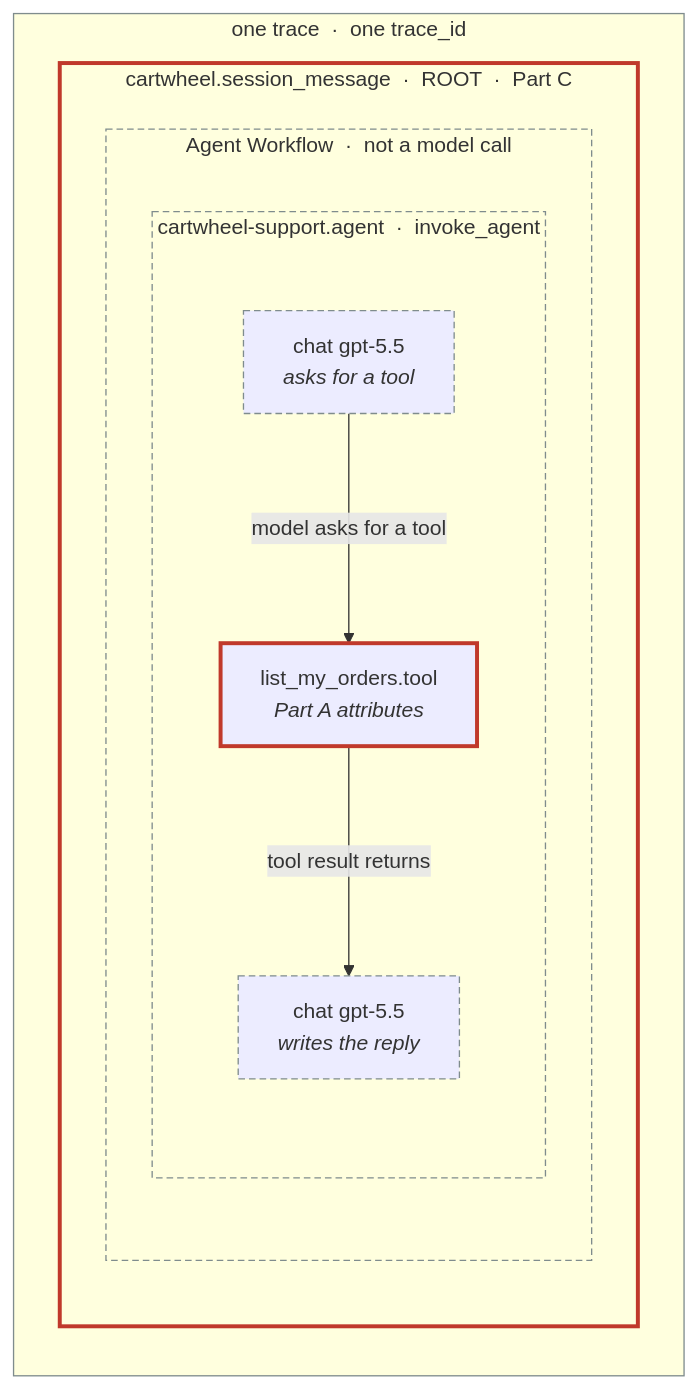
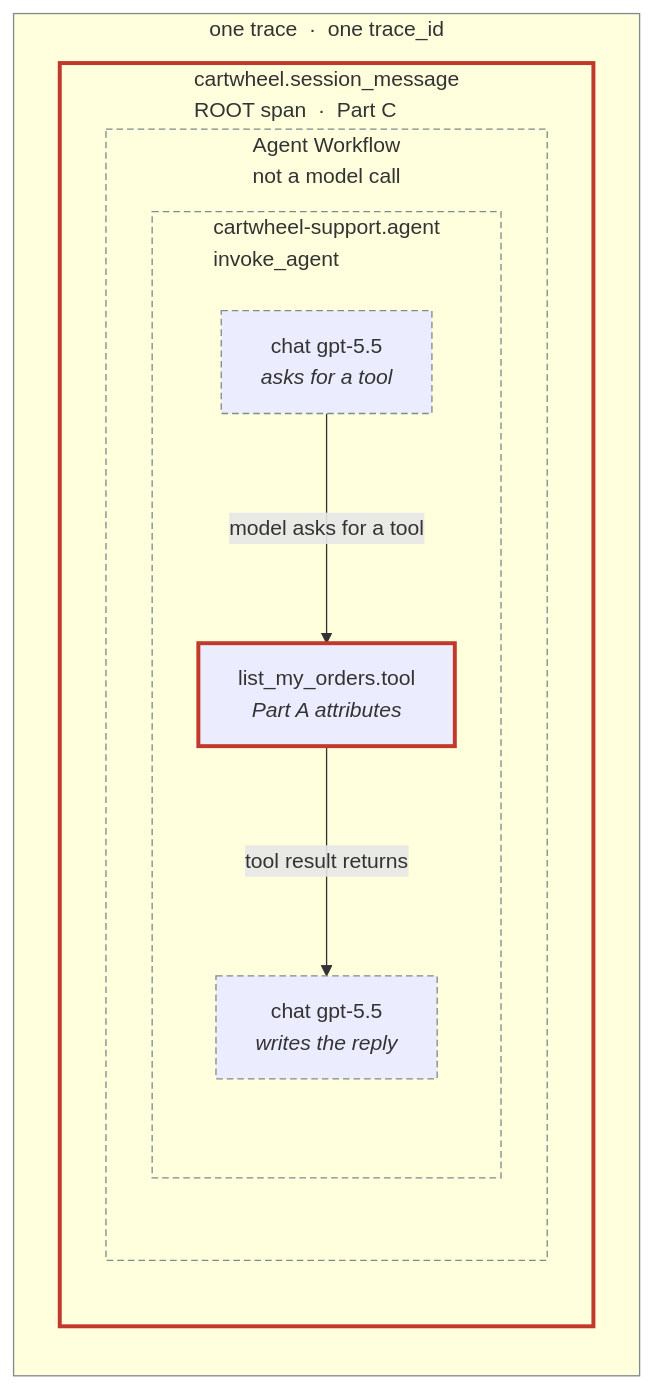
One commit to edangx100/cartwheel-homeworks changed the second of 3 diagrams in homework/module-1/homework_2_diagram.md. Above: the diagram before and after it, drawn with Mermaid. The commit also changed other lines of this file, not shown here.

````diff
--- a/homework/module-1/homework_2_diagram.md
+++ b/homework/module-1/homework_2_diagram.md
@@ -161,30 +169,30 @@
 ```mermaid
 flowchart TD
     subgraph TR["one trace &nbsp;·&nbsp; one trace_id"]
         direction TB
-        subgraph ROOT["cartwheel.session_message &nbsp;·&nbsp; ROOT &nbsp;·&nbsp; Part C"]
+        subgraph ROOT["cartwheel.session_message<br/>ROOT span &nbsp;·&nbsp; Part C"]
             direction TB
-            subgraph WF["Agent Workflow &nbsp;·&nbsp; not a model call"]
+            subgraph WF["Agent Workflow<br/>not a model call"]
                 direction TB
-                subgraph AG["cartwheel-support.agent &nbsp;·&nbsp; invoke_agent"]
+                subgraph AG["cartwheel-support.agent<br/>invoke_agent"]
                     direction TB
                     M1["chat gpt-5.5<br/><i>asks for a tool</i>"]
                     TS["list_my_orders.tool<br/><i>Part A attributes</i>"]
                     M2["chat gpt-5.5<br/><i>writes the reply</i>"]
                 end
             end
         end
     end
 
     M1 -->|"model asks for a tool"| TS
     TS -->|"tool result returns"| M2
 
     classDef yours stroke:#c0392b,stroke-width:3px
     classDef auto stroke:#7f8c8d,stroke-width:1px,stroke-dasharray: 5 3
     class TS yours
     class M1,M2 auto
     style ROOT stroke:#c0392b,stroke-width:3px
     style WF stroke:#7f8c8d,stroke-width:1px,stroke-dasharray: 5 3
     style AG stroke:#7f8c8d,stroke-width:1px,stroke-dasharray: 5 3
     style TR stroke:#7f8c8d,stroke-width:1px
 ```
````
